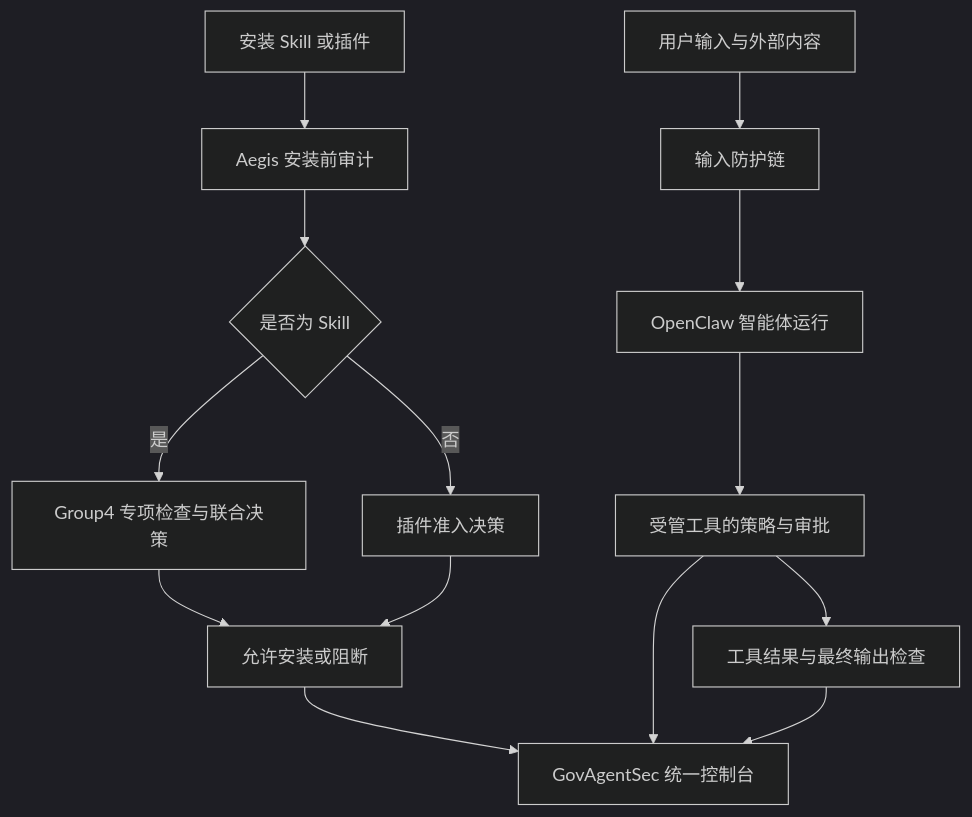
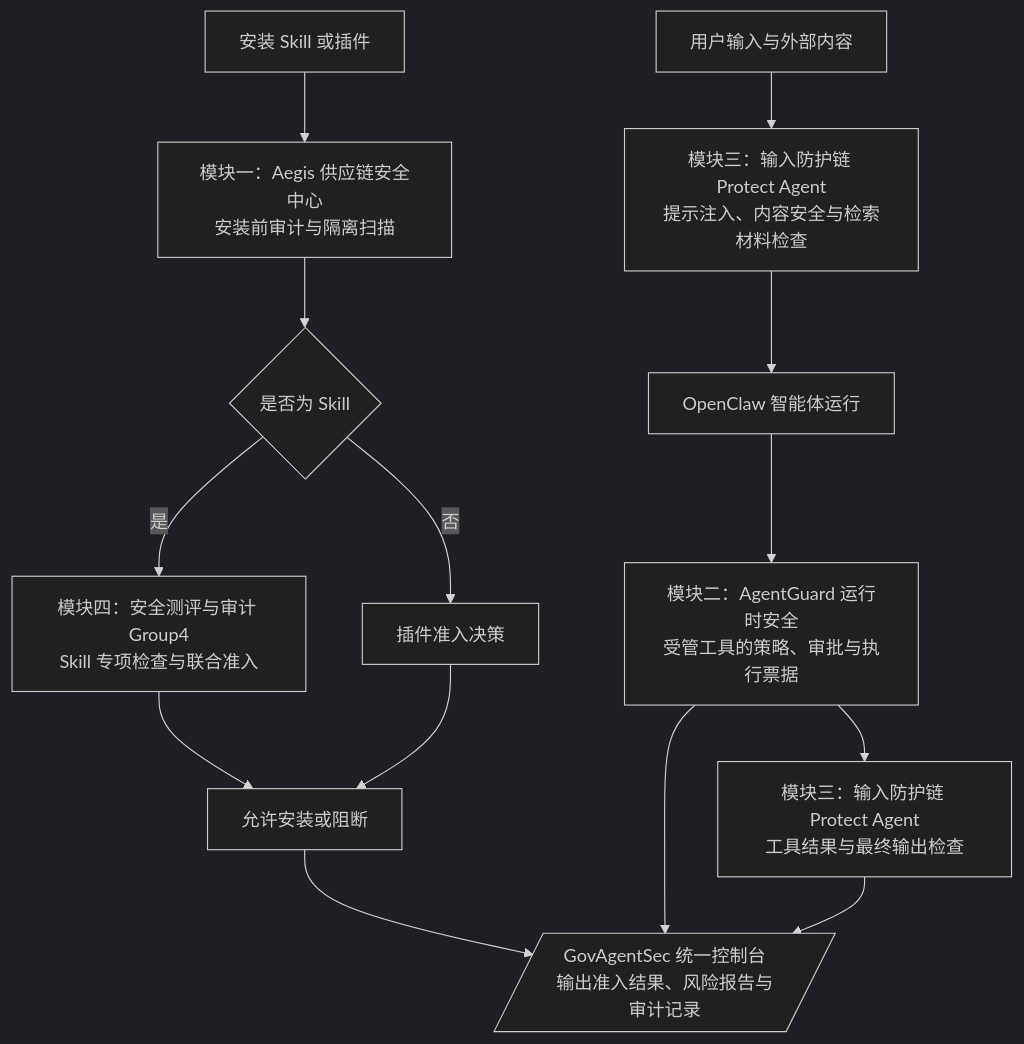
Before and after one commit to zhlearn0318-nan/GovAgentSec: the diagram in README.md, drawn with Mermaid (dark theme).

Commit message:
docs: label four modules and use output shape in workflow diagram

````diff
--- a/README.md
+++ b/README.md
@@ -64,16 +64,16 @@
 ```mermaid
 flowchart TD
-    A[安装 Skill 或插件] --> B[Aegis 安装前审计]
+    A[安装 Skill 或插件] --> B[模块一：Aegis 供应链安全中心<br/>安装前审计与隔离扫描]
     B --> C{是否为 Skill}
-    C -->|是| D[Group4 专项检查与联合决策]
+    C -->|是| D[模块四：安全测评与审计 Group4<br/>Skill 专项检查与联合准入]
     C -->|否| E[插件准入决策]
     D --> F[允许安装或阻断]
     E --> F
-    G[用户输入与外部内容] --> H[输入防护链]
+    G[用户输入与外部内容] --> H[模块三：输入防护链 Protect Agent<br/>提示注入、内容安全与检索材料检查]
     H --> I[OpenClaw 智能体运行]
-    I --> J[受管工具的策略与审批]
-    J --> K[工具结果与最终输出检查]
-    F --> L[GovAgentSec 统一控制台]
+    I --> J[模块二：AgentGuard 运行时安全<br/>受管工具的策略、审批与执行票据]
+    J --> K[模块三：输入防护链 Protect Agent<br/>工具结果与最终输出检查]
+    F --> L[/GovAgentSec 统一控制台<br/>输出准入结果、风险报告与审计记录/]
     J --> L
     K --> L
 ```
````
